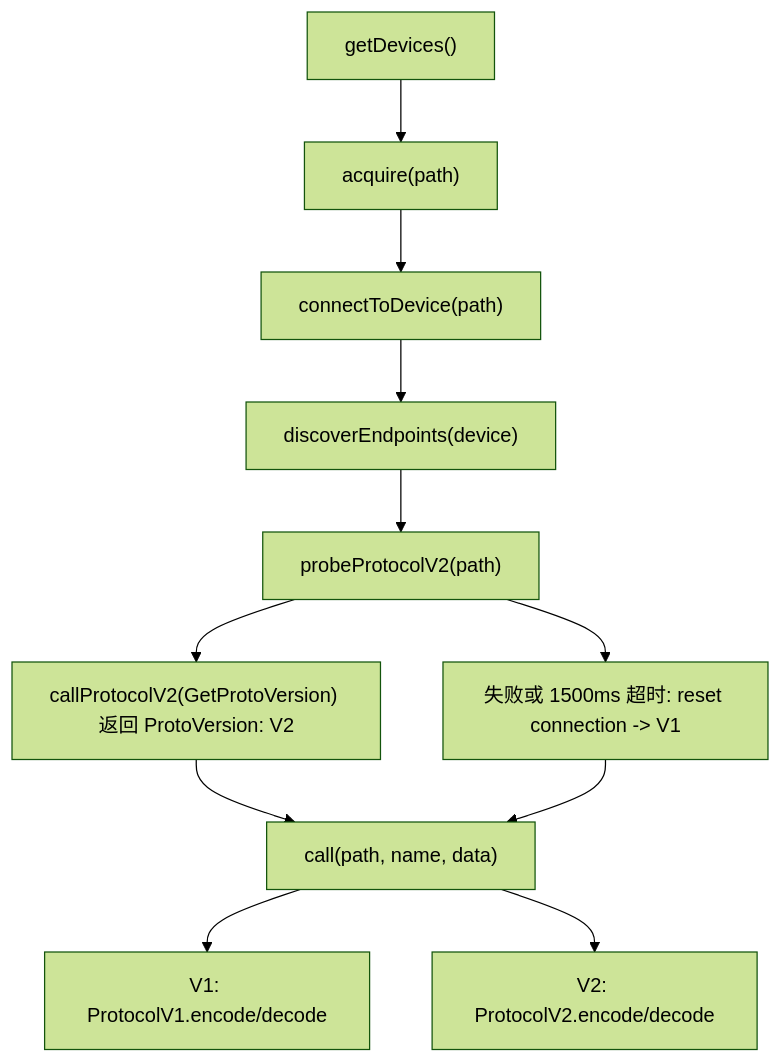
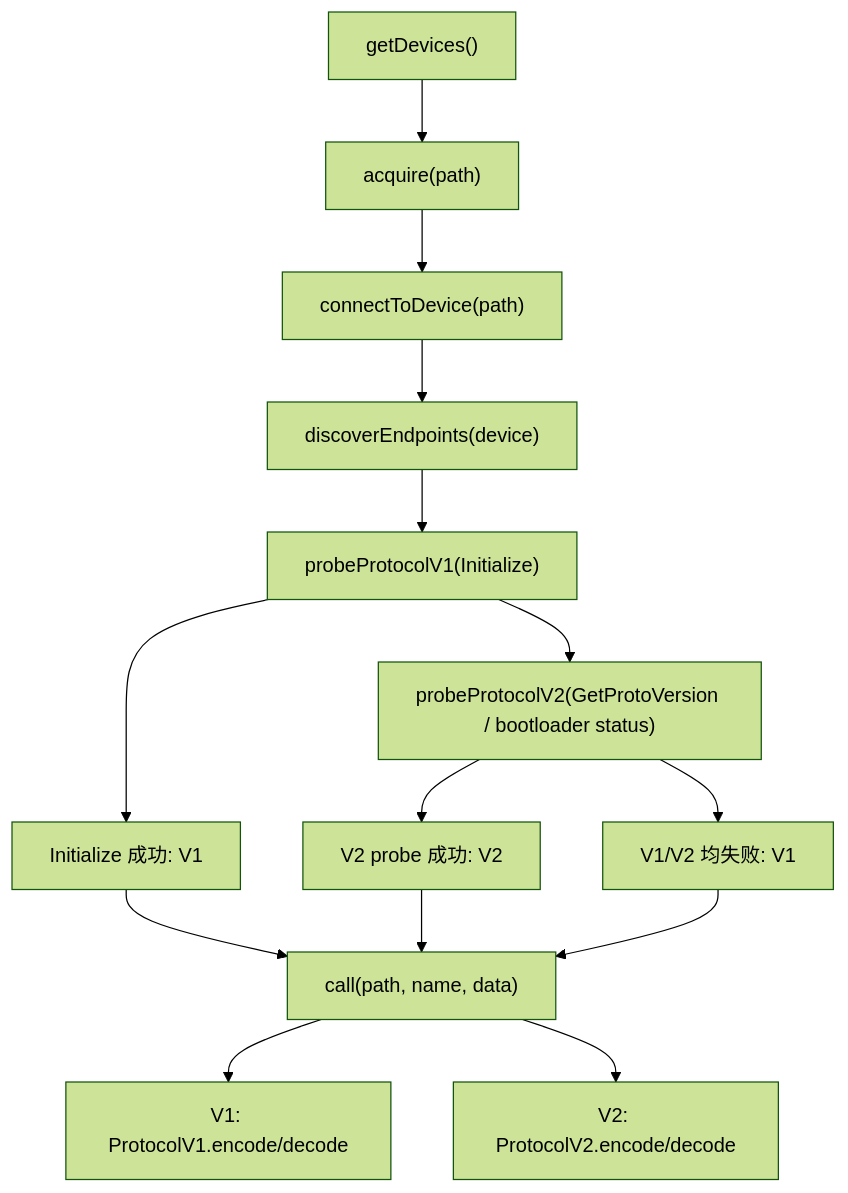
One commit to OneKeyHQ/hardware-js-sdk changed the first of 5 diagrams in docs/transport.md. Above: the diagram before and after it, drawn with Mermaid (forest theme). The commit also changed other lines of this file and 26 other files, not shown here.

````diff
--- a/docs/transport.md
+++ b/docs/transport.md
@@ -24,19 +24,23 @@
 ```mermaid
 flowchart TD
   Devices["getDevices()"]
   Acquire["acquire(path)"]
   Connect["connectToDevice(path)"]
   Endpoints["discoverEndpoints(device)"]
-  Probe["probeProtocolV2(path)"]
-  V2["callProtocolV2(GetProtoVersion) 返回 ProtoVersion: V2"]
-  V1["失败或 1500ms 超时: reset connection -> V1"]
+  ProbeV1["probeProtocolV1(Initialize)"]
+  V1["Initialize 成功: V1"]
+  ProbeV2["probeProtocolV2(GetProtoVersion / bootloader status)"]
+  V2["V2 probe 成功: V2"]
+  FallbackV1["V1/V2 均失败: V1"]
   Call["call(path, name, data)"]
   CallV1["V1: ProtocolV1.encode/decode"]
   CallV2["V2: ProtocolV2.encode/decode"]
 
-  Devices --> Acquire --> Connect --> Endpoints --> Probe
-  Probe --> V2 --> Call
-  Probe --> V1 --> Call
+  Devices --> Acquire --> Connect --> Endpoints --> ProbeV1
+  ProbeV1 --> V1 --> Call
+  ProbeV1 --> ProbeV2
+  ProbeV2 --> V2 --> Call
+  ProbeV2 --> FallbackV1 --> Call
   Call --> CallV1
   Call --> CallV2
 ```
````
